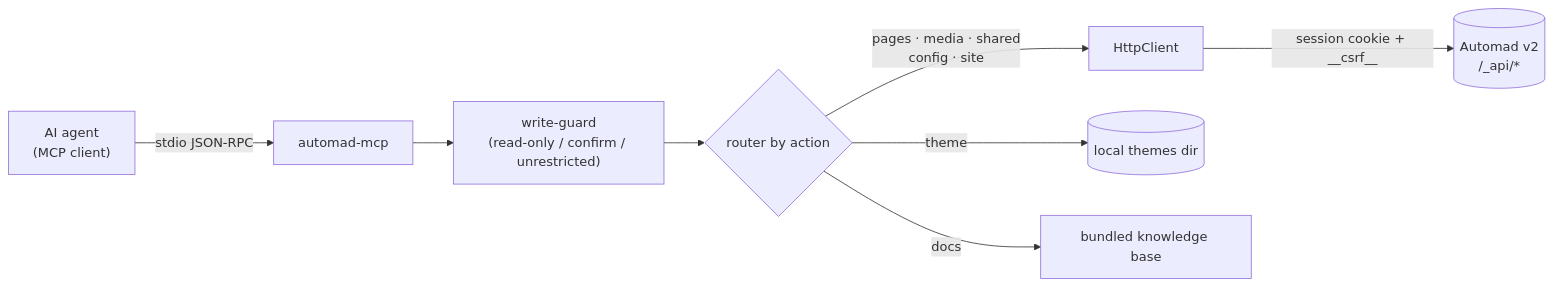
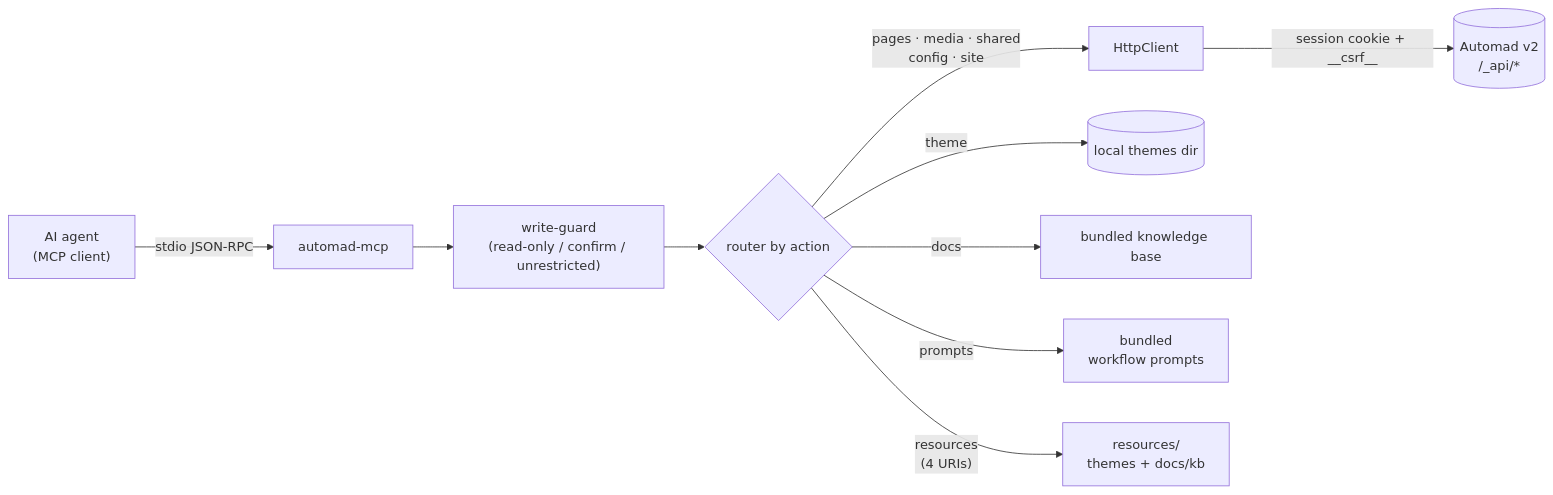
One commit to cabroe/automad-mcp-server changed the diagram in README.md. Above: the diagram before and after it, drawn with Mermaid. The commit also changed other lines of this file and 1 other file, not shown here.

````diff
--- a/README.md
+++ b/README.md
@@ -37,10 +37,12 @@
 ```mermaid
 flowchart LR
   AI["AI agent<br/>(MCP client)"] -- "stdio JSON-RPC" --> S["automad-mcp"]
   S --> G["write-guard<br/>(read-only / confirm / unrestricted)"]
   G --> R{"router by action"}
   R -->|"pages · media · shared<br/>config · site"| C["HttpClient"]
   C -- "session cookie + __csrf__" --> V[("Automad v2<br/>/_api/*")]
   R -->|"theme"| FS[("local themes dir")]
   R -->|"docs"| KB["bundled knowledge base"]
+  R -->|"prompts"| P["bundled<br/>workflow prompts"]
+  R -->|"resources<br/>(4 URIs)"| X["resources/<br/>themes + docs/kb"]
 ```
````
